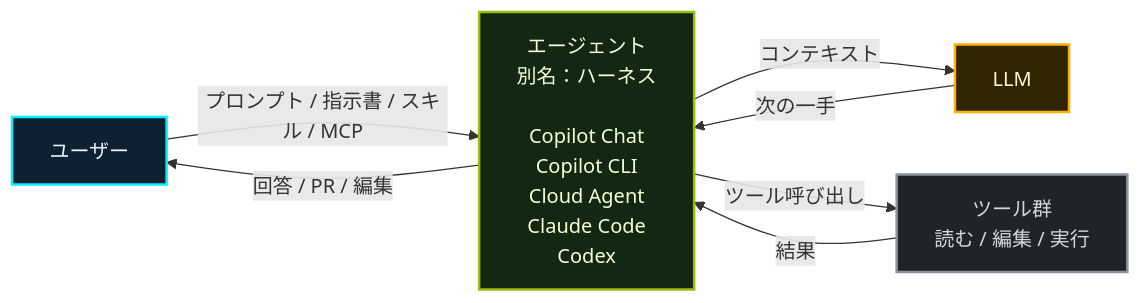
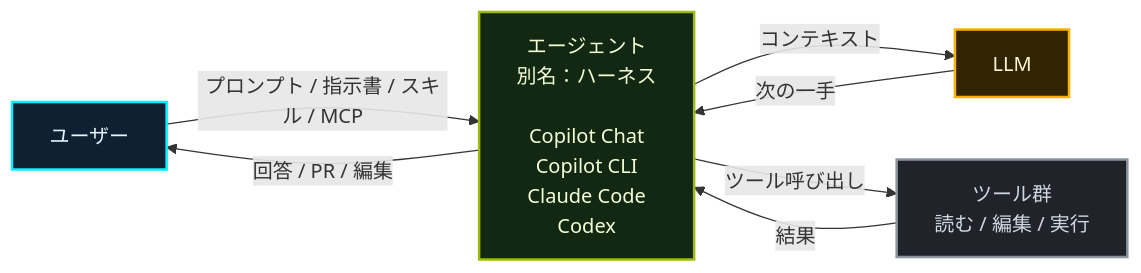
The second of 3 diagrams in src/content/playbook/ja/harness-engineering.md (theomonfort/theomonfort), drawn with Mermaid before and after one commit. The commit also changed 1 other file, not shown here.

Commit message:
playbook(harness): remove Cloud Agent from the current-era harness box

````diff
--- a/src/content/playbook/ja/harness-engineering.md
+++ b/src/content/playbook/ja/harness-engineering.md
@@ -78,18 +78,18 @@
 ```mermaid
 flowchart LR
-  Project[ユーザー] -->|プロンプト / 指示書 / スキル / MCP| Agent[エージェント<br/>別名：ハーネス<br/><br/>Copilot Chat<br/>Copilot CLI<br/>Cloud Agent<br/>Claude Code<br/>Codex]
+  Project[ユーザー] -->|プロンプト / 指示書 / スキル / MCP| Agent[エージェント<br/>別名：ハーネス<br/><br/>Copilot Chat<br/>Copilot CLI<br/>Claude Code<br/>Codex]
   Agent -->|回答 / PR / 編集| Project
   Agent -->|コンテキスト| LLM[LLM]
   LLM -->|次の一手| Agent
   Agent -->|ツール呼び出し| Tools[ツール群<br/>読む / 編集 / 実行]
   Tools -->|結果| Agent
 
   classDef human fill:#102033,stroke:#00f0ff,color:#e8f4ff,stroke-width:2px;
   classDef llm fill:#302500,stroke:#ffb000,color:#fff4d6,stroke-width:2px;
   classDef agent fill:#132812,stroke:#9bbc0f,color:#f4ffd8,stroke-width:2px;
   classDef context fill:#20242a,stroke:#8b949e,color:#d0d7de,stroke-width:2px;
   class Project human;
   class LLM llm;
   class Agent agent;
   class Tools context;
 ```
````
